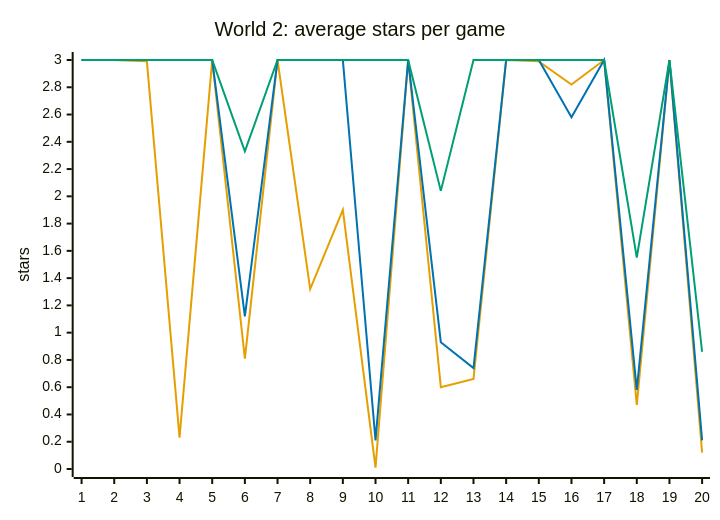
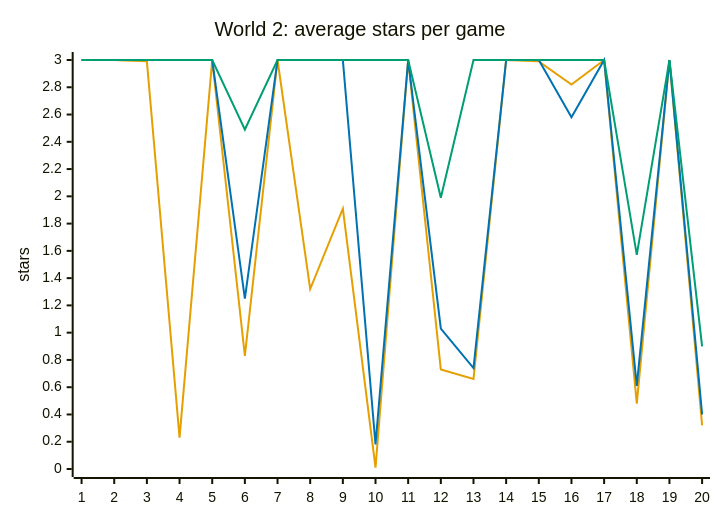
One commit to Pavelya/dots changed the fourth of 8 diagrams in docs/design/difficulty.md. Above: the diagram before and after it, drawn with Mermaid. The commit also changed other lines of this file and 10 other files, not shown here.

````diff
--- a/docs/design/difficulty.md
+++ b/docs/design/difficulty.md
@@ -197,10 +209,10 @@
 ```mermaid
 %%{init: {"themeVariables": {"xyChart": {"plotColorPalette": "#E69F00, #0072B2, #009E73, #999999"}}}}%%
 xychart-beta
     title "World 2: average stars per game"
     x-axis ["1", "2", "3", "4", "5", "6", "7", "8", "9", "10", "11", "12", "13", "14", "15", "16", "17", "18", "19", "20"]
     y-axis "stars" 0 --> 3
-    line [3.00, 3.00, 2.99, 0.23, 3.00, 0.81, 3.00, 1.32, 1.90, 0.01, 3.00, 0.60, 0.66, 3.00, 2.99, 2.82, 3.00, 0.47, 3.00, 0.12]
-    line [3.00, 3.00, 3.00, 3.00, 3.00, 1.12, 3.00, 3.00, 3.00, 0.21, 3.00, 0.93, 0.74, 3.00, 3.00, 2.58, 3.00, 0.58, 3.00, 0.21]
-    line [3.00, 3.00, 3.00, 3.00, 3.00, 2.33, 3.00, 3.00, 3.00, 3.00, 3.00, 2.04, 3.00, 3.00, 3.00, 3.00, 3.00, 1.55, 3.00, 0.86]
+    line [3.00, 3.00, 2.99, 0.23, 3.00, 0.83, 3.00, 1.32, 1.91, 0.01, 3.00, 0.73, 0.66, 3.00, 2.99, 2.82, 3.00, 0.48, 3.00, 0.32]
+    line [3.00, 3.00, 3.00, 3.00, 3.00, 1.25, 3.00, 3.00, 3.00, 0.18, 3.00, 1.03, 0.74, 3.00, 3.00, 2.58, 3.00, 0.61, 3.00, 0.40]
+    line [3.00, 3.00, 3.00, 3.00, 3.00, 2.49, 3.00, 3.00, 3.00, 3.00, 3.00, 1.99, 3.00, 3.00, 3.00, 3.00, 3.00, 1.57, 3.00, 0.90]
 ```
````
